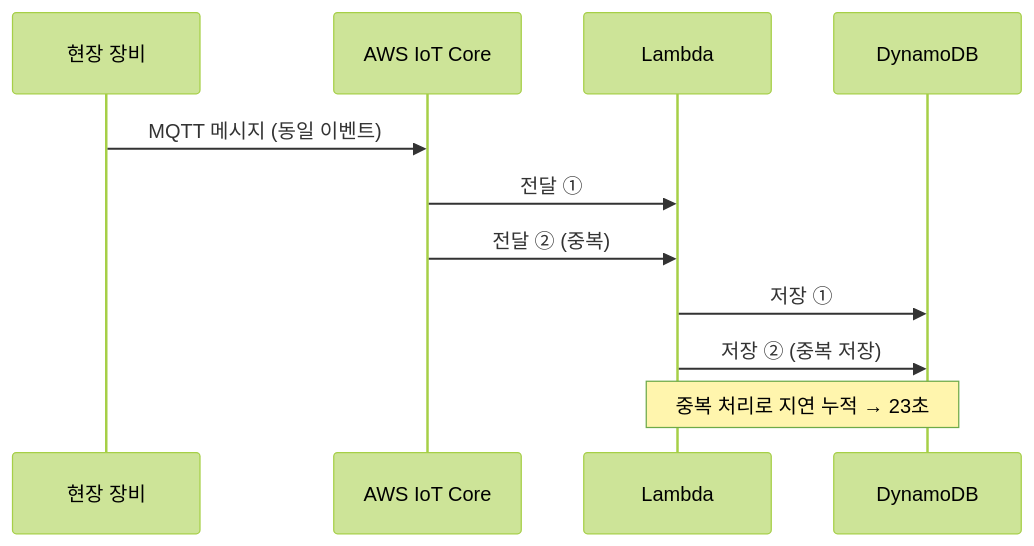
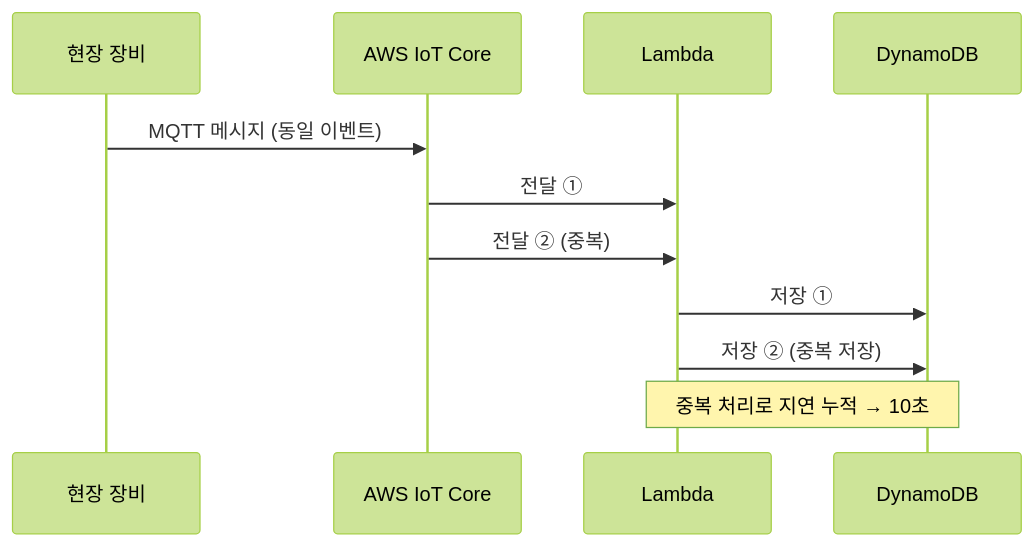
One commit to kyungchan3007/-portfolio changed the first of 2 diagrams in docs/realtime/dedup-idempotency.md. Above: the diagram before and after it, drawn with Mermaid (forest theme). The commit also changed other lines of this file and 6 other files, not shown here.

````diff
--- a/docs/realtime/dedup-idempotency.md
+++ b/docs/realtime/dedup-idempotency.md
@@ -24,14 +24,14 @@
 ```mermaid
 sequenceDiagram
     participant Device as 현장 장비
     participant IoT as AWS IoT Core
     participant Lambda
     participant DB as DynamoDB
 
     Device->>IoT: MQTT 메시지 (동일 이벤트)
     IoT->>Lambda: 전달 ①
     IoT->>Lambda: 전달 ② (중복)
     Lambda->>DB: 저장 ①
     Lambda->>DB: 저장 ② (중복 저장)
-    Note over Lambda,DB: 중복 처리로 지연 누적 → 23초
+    Note over Lambda,DB: 중복 처리로 지연 누적 → 10초
 ```
````
